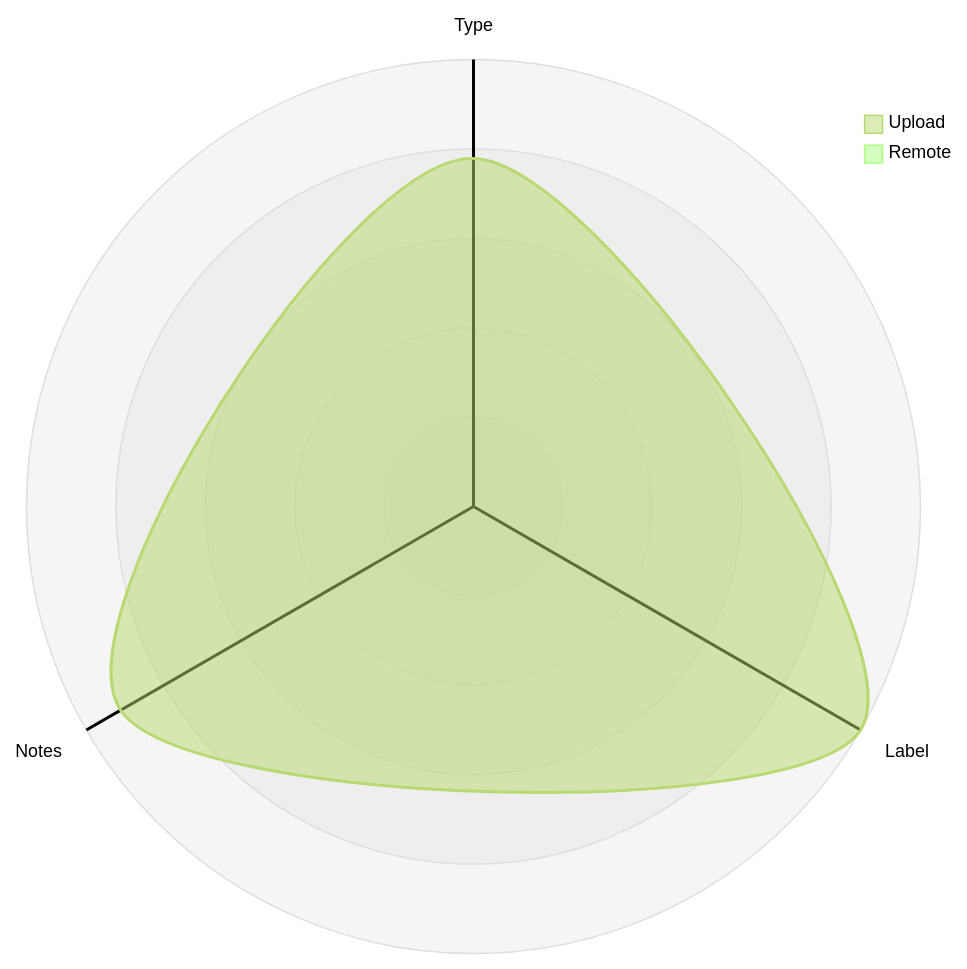
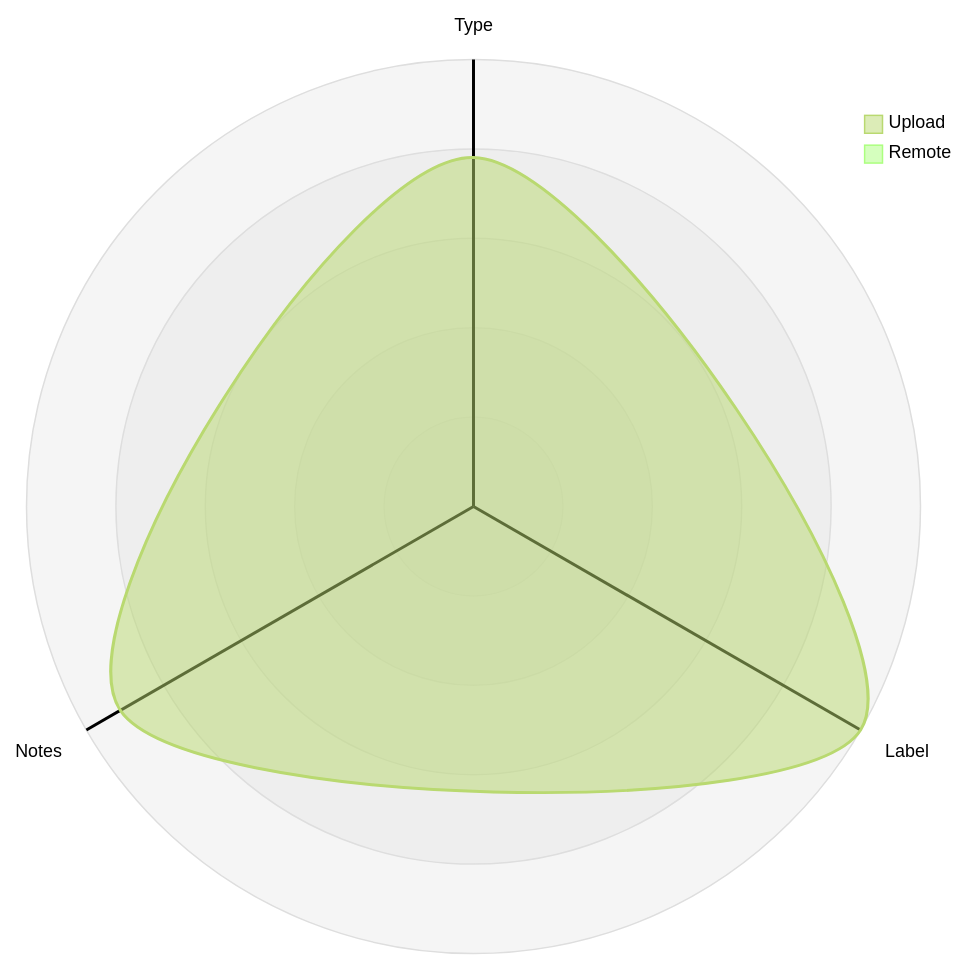
One commit to open-data/analytics-corporate-reporting changed the third of 5 diagrams in datastore_tracker/README.md. Above: the diagram before and after it, drawn with Mermaid (forest theme). The commit also changed 5 other files, not shown here.

````diff
--- a/datastore_tracker/README.md
+++ b/datastore_tracker/README.md
@@ -107,12 +107,12 @@
 ```mermaid
 radar-beta
   axis T["Type"], L["Label"], N["Notes"]
-  curve u["Upload"]{0.00088, 0.00113, 0.00103}
+  curve u["Upload"]{0.00089, 0.00114, 0.00104}
   curve r["Remote"]{0, 0, 0}
 
   showLegend true
 
   min 0
   graticule circle
   ticks 5
 ```
````
